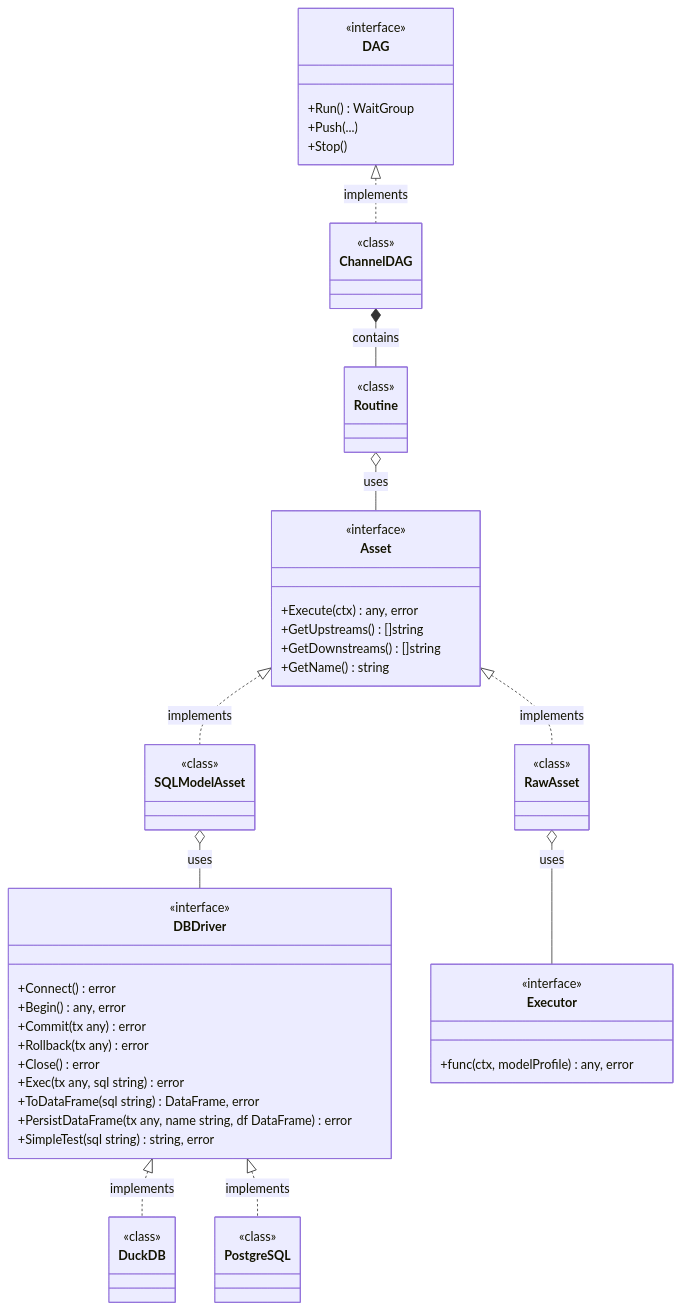
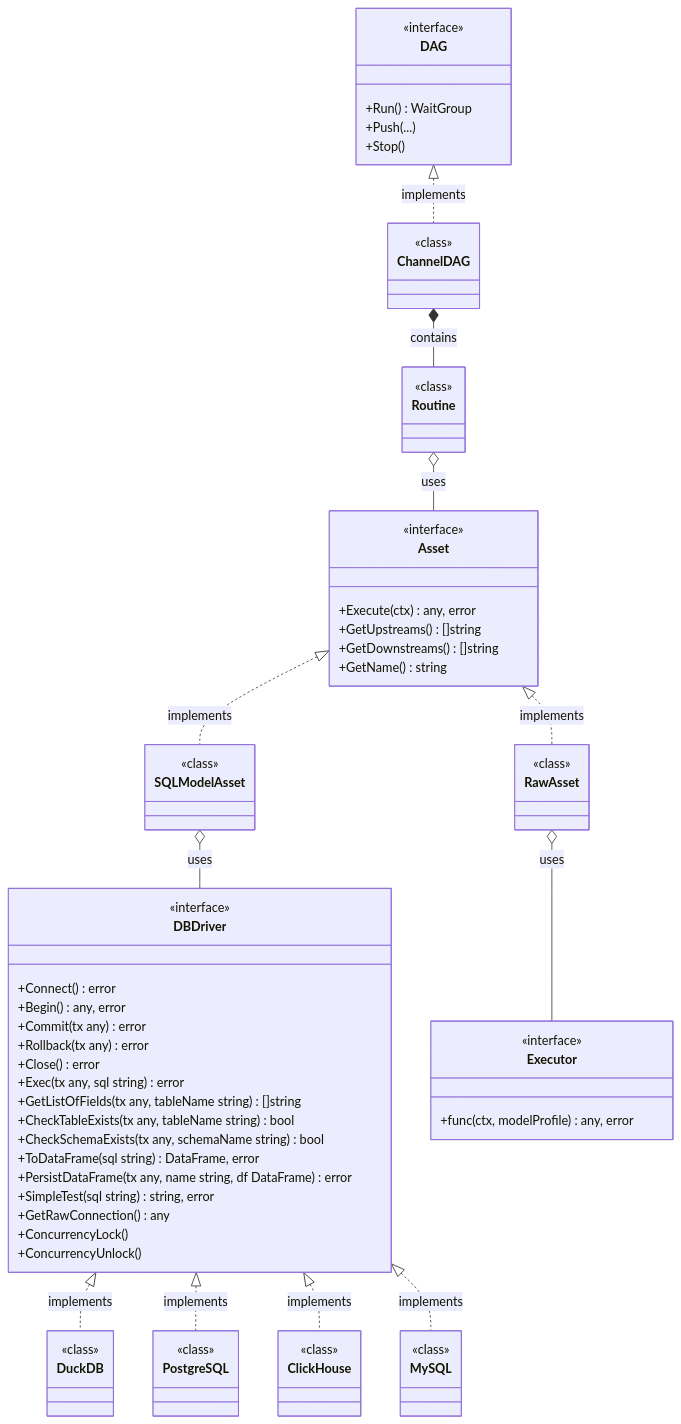
Before and after one commit to go-teal/go-teal.github.io: the fourth of 4 diagrams in content/docs.md, drawn with Mermaid. The commit also changed other lines of this file and 2 other files, not shown here.

```diff
--- a/content/docs.md
+++ b/content/docs.md
@@ -1118,9 +1134,15 @@
         +Rollback(tx any) error
         +Close() error
         +Exec(tx any, sql string) error
+        +GetListOfFields(tx any, tableName string) []string
+        +CheckTableExists(tx any, tableName string) bool
+        +CheckSchemaExists(tx any, schemaName string) bool
         +ToDataFrame(sql string) DataFrame, error
         +PersistDataFrame(tx any, name string, df DataFrame) error
         +SimpleTest(sql string) string, error
+        +GetRawConnection() any
+        +ConcurrencyLock()
+        +ConcurrencyUnlock()
     }
 
     class DuckDB {
@@ -1128,6 +1150,14 @@
     }
 
     class PostgreSQL {
+        <<class>>
+    }
+
+    class ClickHouse {
+        <<class>>
+    }
+
+    class MySQL {
         <<class>>
     }
 
@@ -1157,6 +1187,8 @@
     RawAsset o-- Executor : uses
     DBDriver <|.. DuckDB : implements
     DBDriver <|.. PostgreSQL : implements
+    DBDriver <|.. ClickHouse : implements
+    DBDriver <|.. MySQL : implements
     DAG <|.. ChannelDAG : implements
     ChannelDAG *-- Routine : contains
     Routine o-- Asset : uses
```
